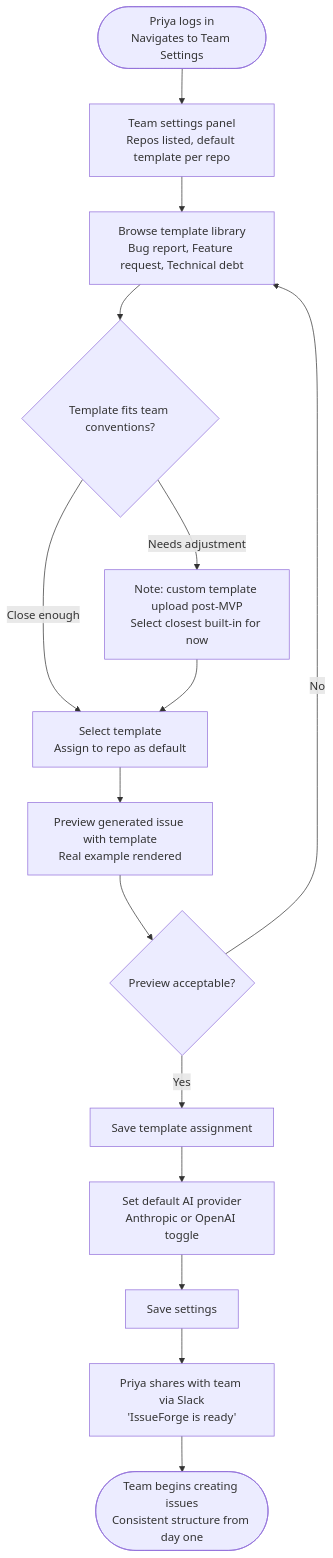
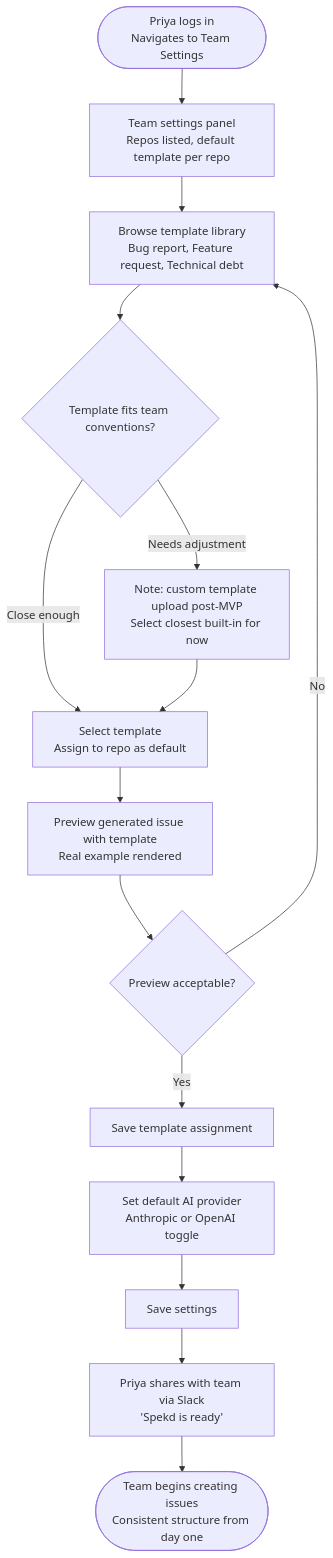
One commit to zane-montelli/issueforge changed the fourth of 7 diagrams in _bmad-output/planning-artifacts/ux-design-specification.md. Above: the diagram before and after it, drawn with Mermaid. The commit also changed other lines of this file and 5 other files, not shown here.

Commit message:
Rebrand the product from IssueForge to Spekd with a complete product overhaul

````diff
--- a/_bmad-output/planning-artifacts/ux-design-specification.md
+++ b/_bmad-output/planning-artifacts/ux-design-specification.md
@@ -680,17 +726,17 @@
 ```mermaid
 flowchart TD
     A([Priya logs in\nNavigates to Team Settings]) --> B[Team settings panel\nRepos listed, default template per repo]
     B --> C[Browse template library\nBug report, Feature request, Technical debt]
     C --> D{Template fits team conventions?}
     D -->|Close enough| E[Select template\nAssign to repo as default]
     D -->|Needs adjustment| F[Note: custom template upload post-MVP\nSelect closest built-in for now]
     F --> E
     E --> G[Preview generated issue with template\nReal example rendered]
     G --> H{Preview acceptable?}
     H -->|No| C
     H -->|Yes| I[Save template assignment]
     I --> J[Set default AI provider\nAnthropic or OpenAI toggle]
     J --> K[Save settings]
-    K --> L[Priya shares with team via Slack\n'IssueForge is ready']
+    K --> L[Priya shares with team via Slack\n'Spekd is ready']
     L --> M([Team begins creating issues\nConsistent structure from day one])
 ```
````
